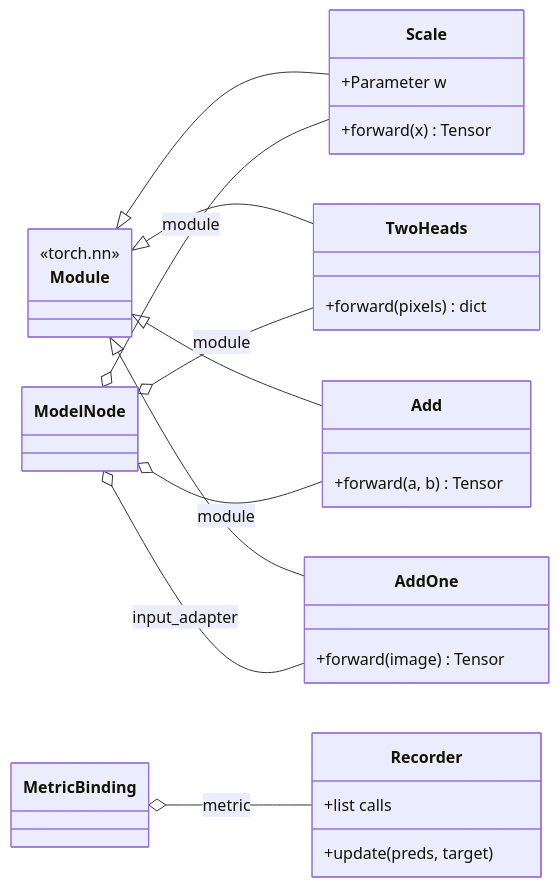
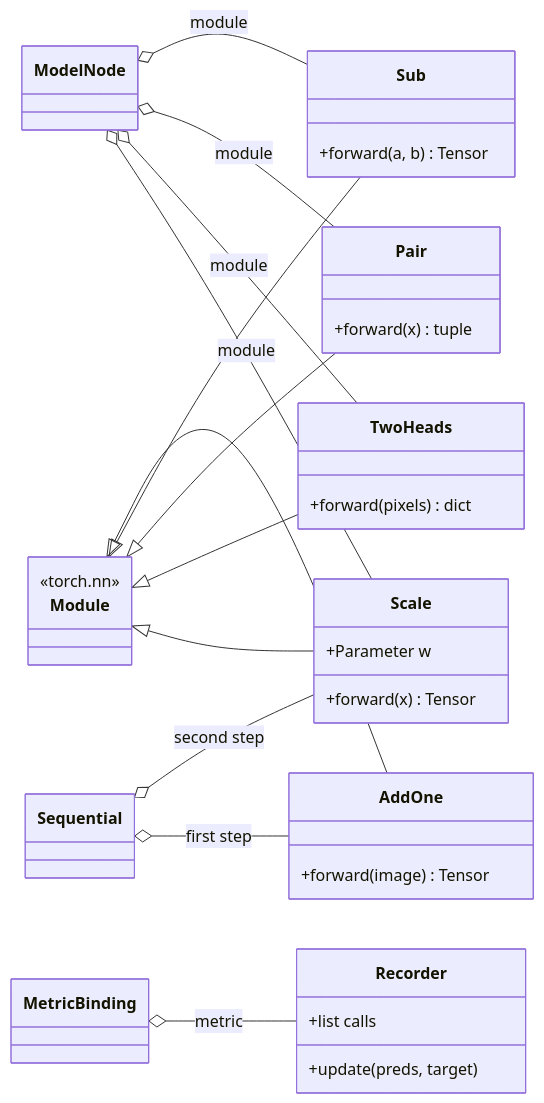
Before and after one commit to tile-and-error/imagenet-classification: the fourth of 5 diagrams in COMMIT.md, drawn with Mermaid. The commit also changed other lines of this file and 2 other files, not shown here.

````diff
--- a/COMMIT.md
+++ b/COMMIT.md
@@ -190,33 +223,39 @@
 ```mermaid
 classDiagram
     direction LR
     class Module {
         <<torch.nn>>
     }
     class Scale {
         +Parameter w
         +forward(x) Tensor
     }
     class TwoHeads {
         +forward(pixels) dict
     }
-    class Add {
+    class Pair {
+        +forward(x) tuple
+    }
+    class Sub {
         +forward(a, b) Tensor
     }
     class AddOne {
         +forward(image) Tensor
     }
     class Recorder {
         +list calls
         +update(preds, target)
     }
     Module <|-- Scale
     Module <|-- TwoHeads
-    Module <|-- Add
+    Module <|-- Pair
+    Module <|-- Sub
     Module <|-- AddOne
     ModelNode o-- Scale : module
     ModelNode o-- TwoHeads : module
-    ModelNode o-- Add : module
-    ModelNode o-- AddOne : input_adapter
+    ModelNode o-- Pair : module
+    ModelNode o-- Sub : module
+    Sequential o-- AddOne : first step
+    Sequential o-- Scale : second step
     MetricBinding o-- Recorder : metric
 ```
````
